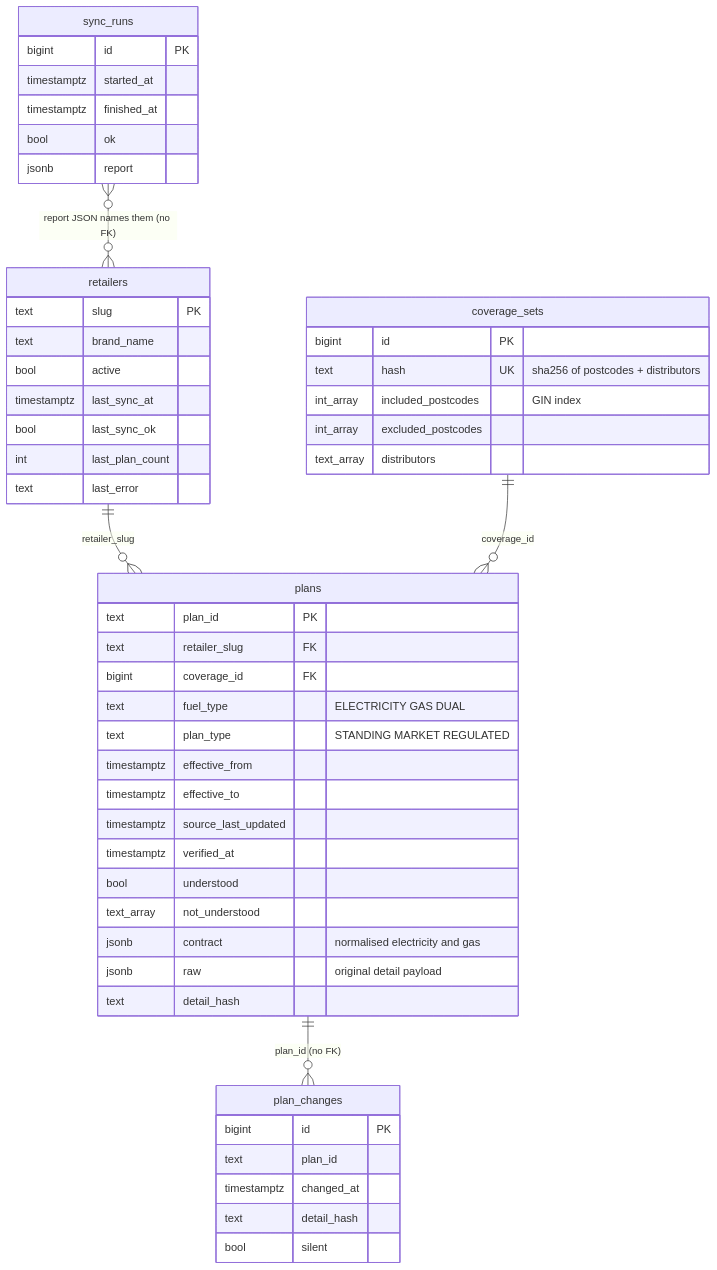
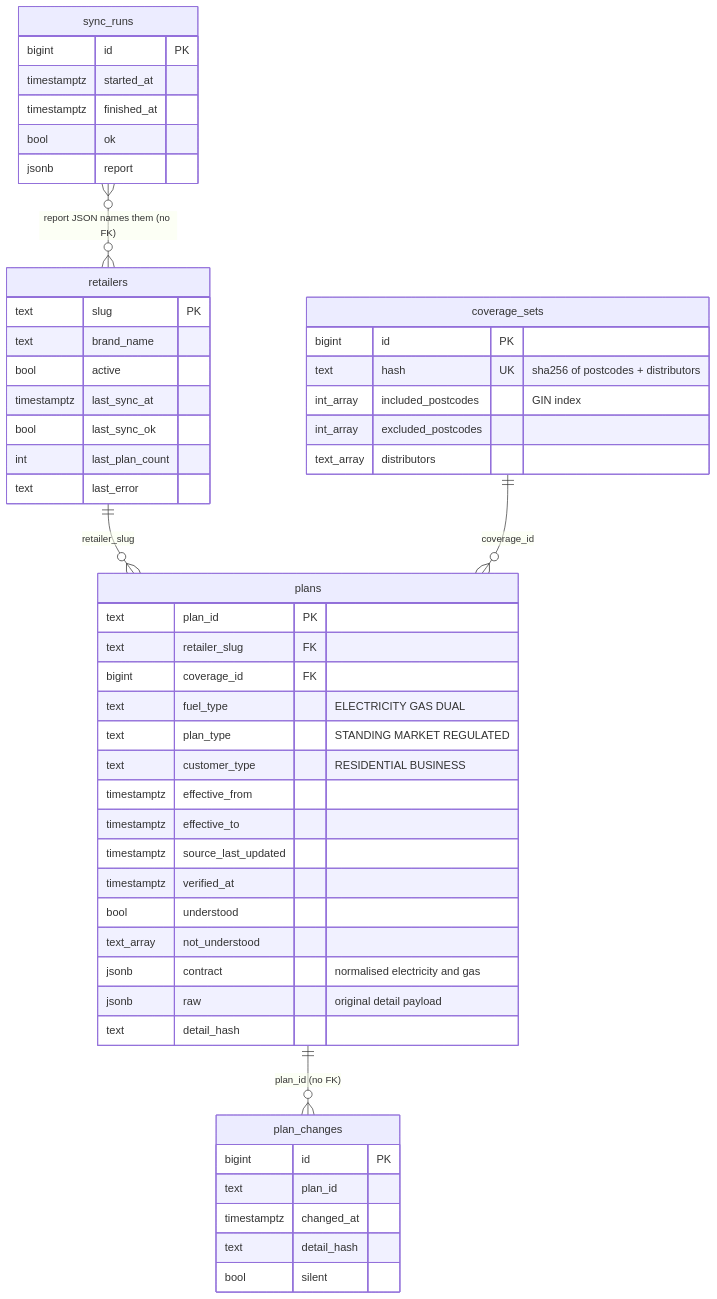
One commit to feimacode/askrighto changed the second of 4 diagrams in docs/areas/energy-plans.md. Above: the diagram before and after it, drawn with Mermaid. The commit also changed other lines of this file and 2 other files, not shown here.

````diff
--- a/docs/areas/energy-plans.md
+++ b/docs/areas/energy-plans.md
@@ -104,54 +104,55 @@
 ```mermaid
 erDiagram
   retailers ||--o{ plans : "retailer_slug"
   coverage_sets ||--o{ plans : "coverage_id"
   plans ||--o{ plan_changes : "plan_id (no FK)"
   sync_runs }o--o{ retailers : "report JSON names them (no FK)"
 
   retailers {
     text slug PK
     text brand_name
     bool active
     timestamptz last_sync_at
     bool last_sync_ok
     int last_plan_count
     text last_error
   }
   coverage_sets {
     bigint id PK
     text hash UK "sha256 of postcodes + distributors"
     int_array included_postcodes "GIN index"
     int_array excluded_postcodes
     text_array distributors
   }
   plans {
     text plan_id PK
     text retailer_slug FK
     bigint coverage_id FK
     text fuel_type "ELECTRICITY GAS DUAL"
     text plan_type "STANDING MARKET REGULATED"
+    text customer_type "RESIDENTIAL BUSINESS"
     timestamptz effective_from
     timestamptz effective_to
     timestamptz source_last_updated
     timestamptz verified_at
     bool understood
     text_array not_understood
     jsonb contract "normalised electricity and gas"
     jsonb raw "original detail payload"
     text detail_hash
   }
   plan_changes {
     bigint id PK
     text plan_id
     timestamptz changed_at
     text detail_hash
     bool silent
   }
   sync_runs {
     bigint id PK
     timestamptz started_at
     timestamptz finished_at
     bool ok
     jsonb report
   }
 ```
````
